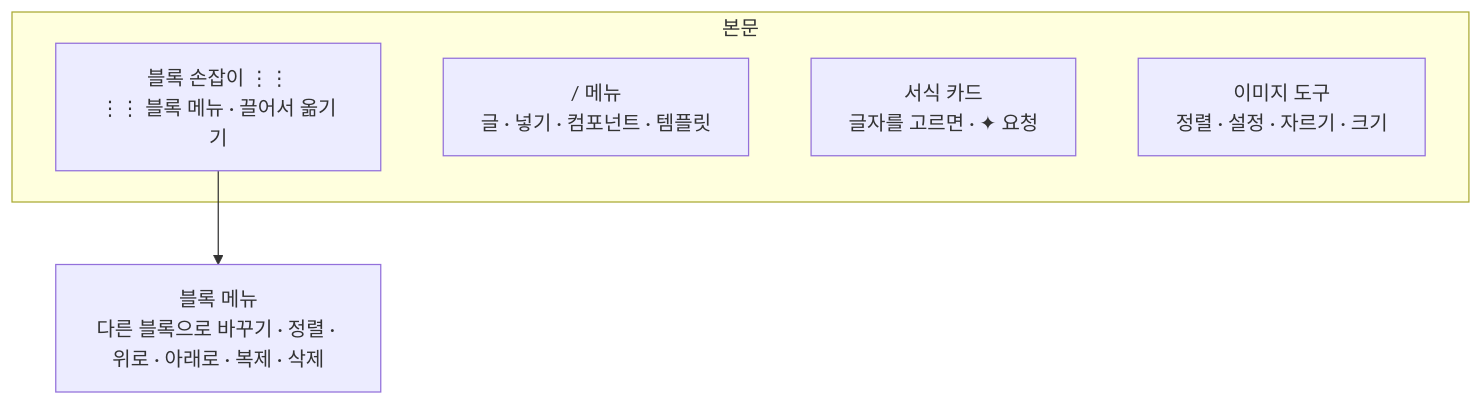
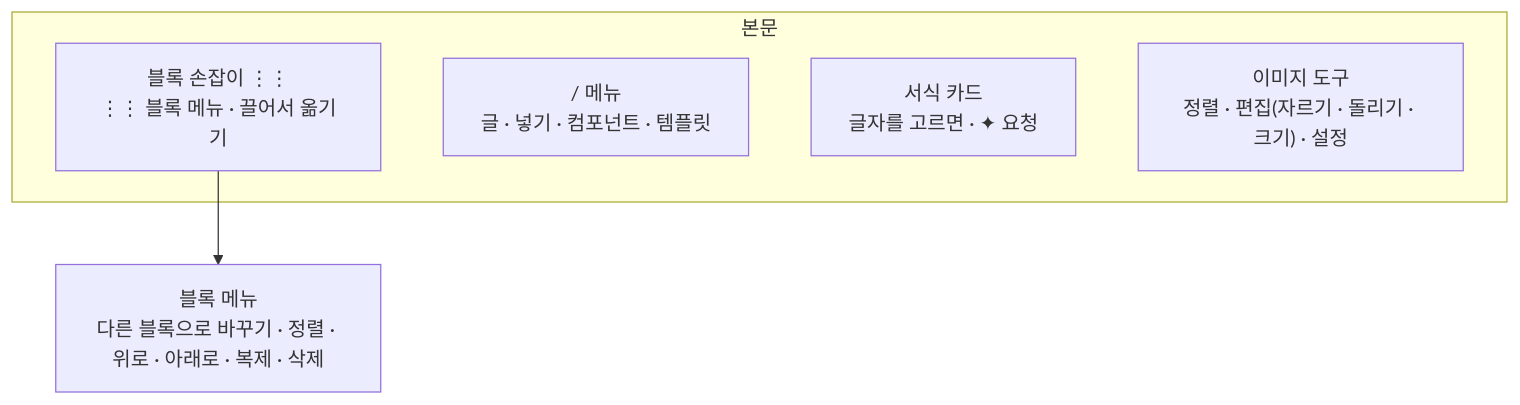
The third of 4 diagrams in docs/design/features/03-body-editor.md (monti-cms/monti), drawn with Mermaid before and after one commit. The commit also changed 23 other files, not shown here.

````diff
--- a/docs/design/features/03-body-editor.md
+++ b/docs/design/features/03-body-editor.md
@@ -111,10 +111,10 @@
 ```mermaid
 flowchart TB
   subgraph 본문
     HD["블록 손잡이 ⋮⋮<br/>⋮⋮ 블록 메뉴 · 끌어서 옮기기"]
     SL["/ 메뉴<br/>글 · 넣기 · 컴포넌트 · 템플릿"]
     FB["서식 카드<br/>글자를 고르면 · ✦ 요청"]
-    IM["이미지 도구<br/>정렬 · 설정 · 자르기 · 크기"]
+    IM["이미지 도구<br/>정렬 · 편집(자르기 · 돌리기 · 크기) · 설정"]
   end
   HD --> BM["블록 메뉴<br/>다른 블록으로 바꾸기 · 정렬 · 위로 · 아래로 · 복제 · 삭제"]
 ```
````
